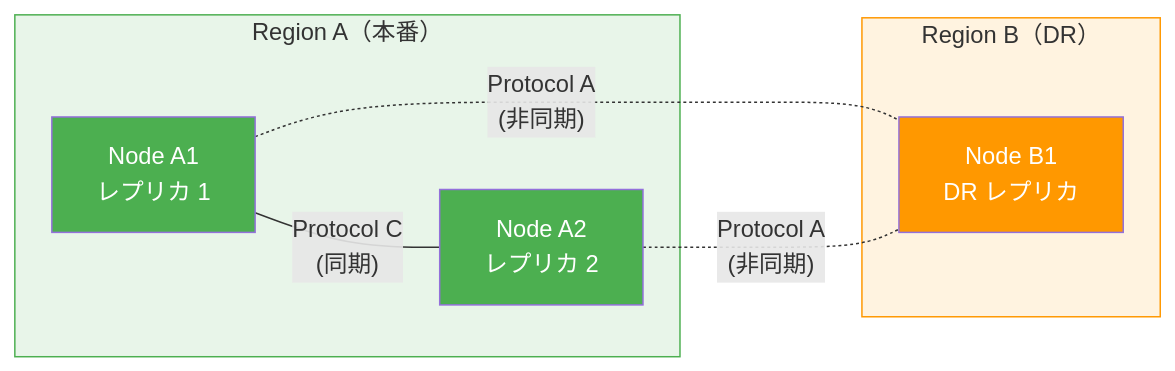
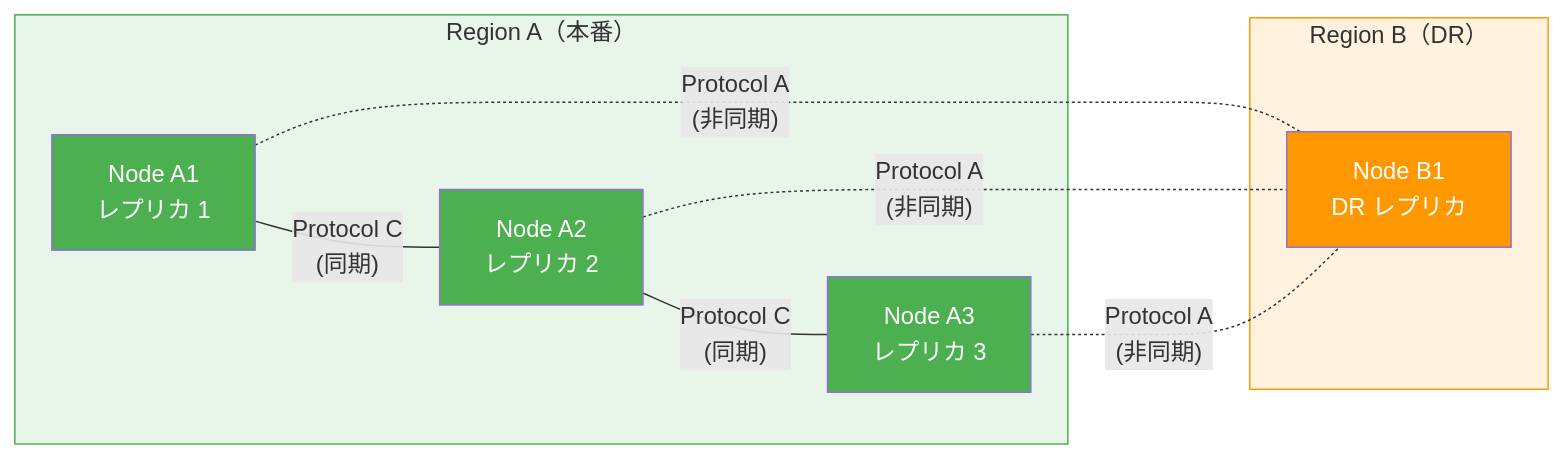
One commit to miminashi/pvese changed the third of 8 diagrams in docs/linstor-multiregion-tutorial.md. Above: the diagram before and after it, drawn with Mermaid. The commit also changed other lines of this file and 6 other files, not shown here.

````diff
--- a/docs/linstor-multiregion-tutorial.md
+++ b/docs/linstor-multiregion-tutorial.md
@@ -88,21 +88,25 @@
 ```mermaid
 graph LR
     subgraph RegionA["Region A（本番）"]
         A1["Node A1<br/>レプリカ 1"]
         A2["Node A2<br/>レプリカ 2"]
+        A3["Node A3<br/>レプリカ 3"]
         A1 ---|"Protocol C<br/>(同期)"| A2
+        A2 ---|"Protocol C<br/>(同期)"| A3
     end
 
     subgraph RegionB["Region B（DR）"]
         B1["Node B1<br/>DR レプリカ"]
     end
 
     A1 -.-|"Protocol A<br/>(非同期)"| B1
     A2 -.-|"Protocol A<br/>(非同期)"| B1
+    A3 -.-|"Protocol A<br/>(非同期)"| B1
 
     style RegionA fill:#e8f5e9,stroke:#4caf50
     style RegionB fill:#fff3e0,stroke:#ff9800
     style A1 fill:#4caf50,color:#fff
     style A2 fill:#4caf50,color:#fff
+    style A3 fill:#4caf50,color:#fff
     style B1 fill:#ff9800,color:#fff
 ```
````
